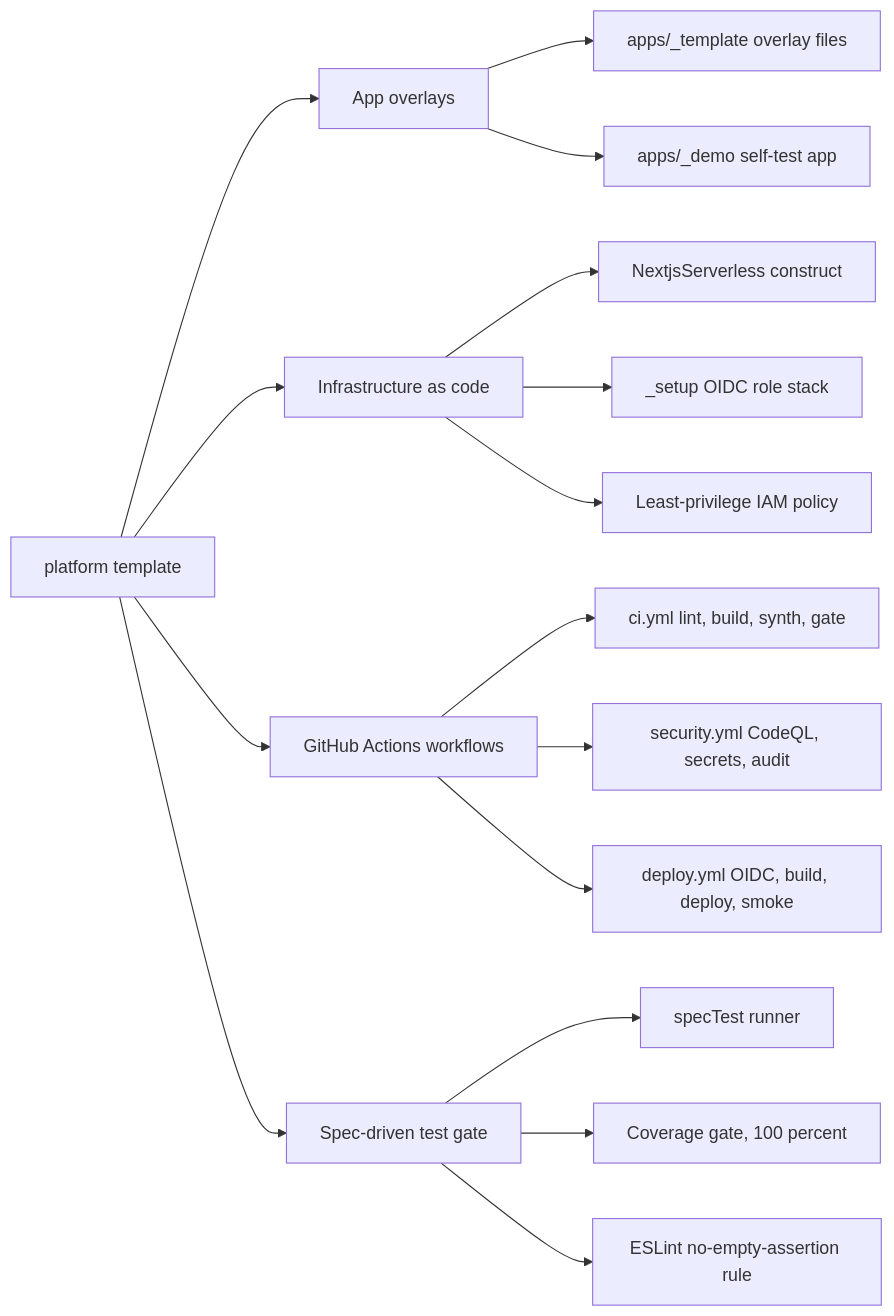
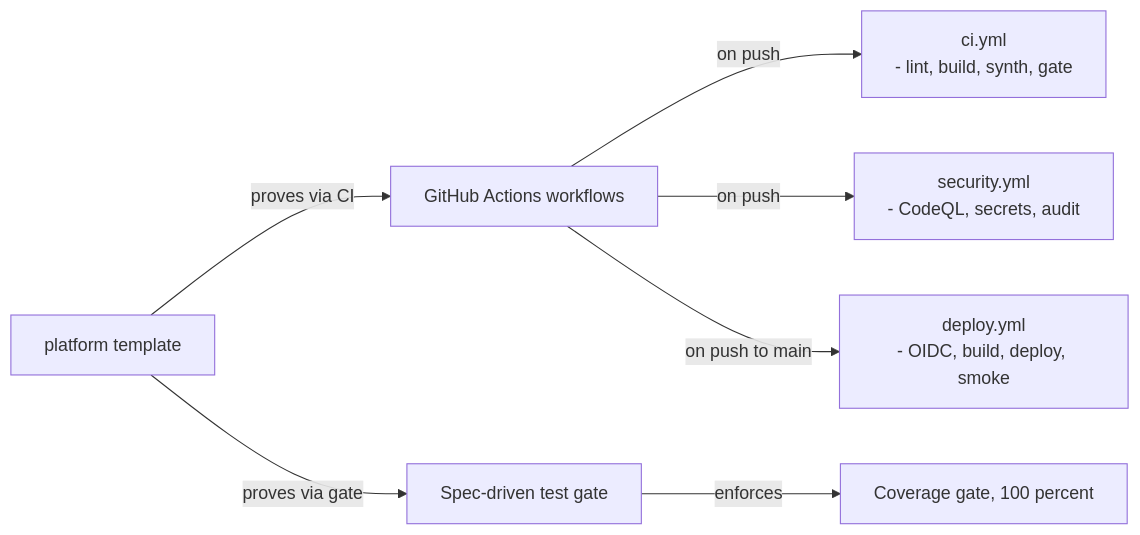
Before and after one commit to elleskay/platform: the fourth of 5 diagrams in README.md, drawn with Mermaid. The commit also changed other lines of this file and 48 other files, not shown here.

````diff
--- a/README.md
+++ b/README.md
@@ -167,34 +138,9 @@
 ```mermaid
 flowchart LR
-  P["platform template"]
-  APPS["App overlays"]
-  INFRA["Infrastructure as code"]
-  CI["GitHub Actions workflows"]
-  SPEC["Spec-driven test gate"]
-  T["apps/_template overlay files"]
-  D["apps/_demo self-test app"]
-  C["NextjsServerless construct"]
-  S["_setup OIDC role stack"]
-  IAM["Least-privilege IAM policy"]
-  CIW["ci.yml lint, build, synth, gate"]
-  SECW["security.yml CodeQL, secrets, audit"]
-  DEPW["deploy.yml OIDC, build, deploy, smoke"]
-  RUN["specTest runner"]
-  GATE["Coverage gate, 100 percent"]
-  RULE["ESLint no-empty-assertion rule"]
-  P --> APPS
-  P --> INFRA
-  P --> CI
-  P --> SPEC
-  APPS --> T
-  APPS --> D
-  INFRA --> C
-  INFRA --> S
-  INFRA --> IAM
-  CI --> CIW
-  CI --> SECW
-  CI --> DEPW
-  SPEC --> RUN
-  SPEC --> GATE
-  SPEC --> RULE
+  P["platform template"] -->|"proves via CI"| CI["GitHub Actions workflows"]
+  P -->|"proves via gate"| SPEC["Spec-driven test gate"]
+  CI -->|"on push"| CIW["ci.yml<br/>- lint, build, synth, gate"]
+  CI -->|"on push"| SECW["security.yml<br/>- CodeQL, secrets, audit"]
+  CI -->|"on push to main"| DEPW["deploy.yml<br/>- OIDC, build, deploy, smoke"]
+  SPEC -->|"enforces"| GATE["Coverage gate, 100 percent"]
 ```
````
